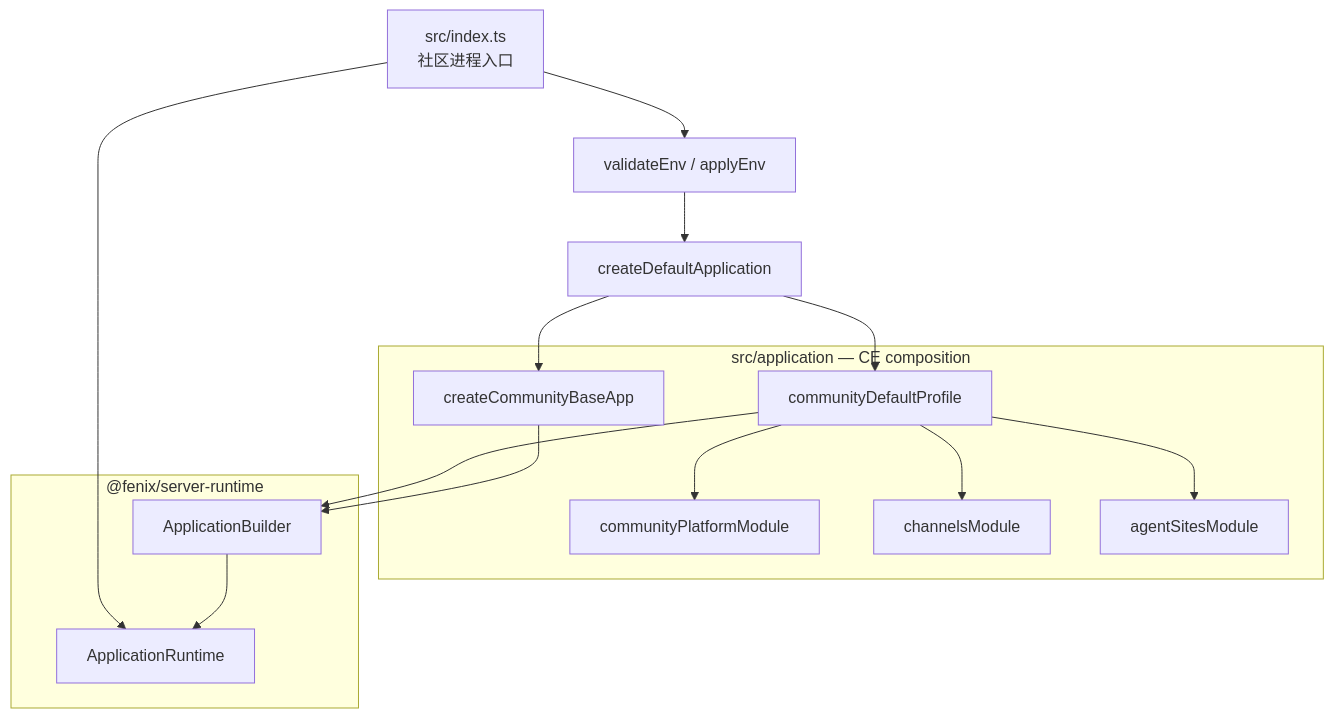
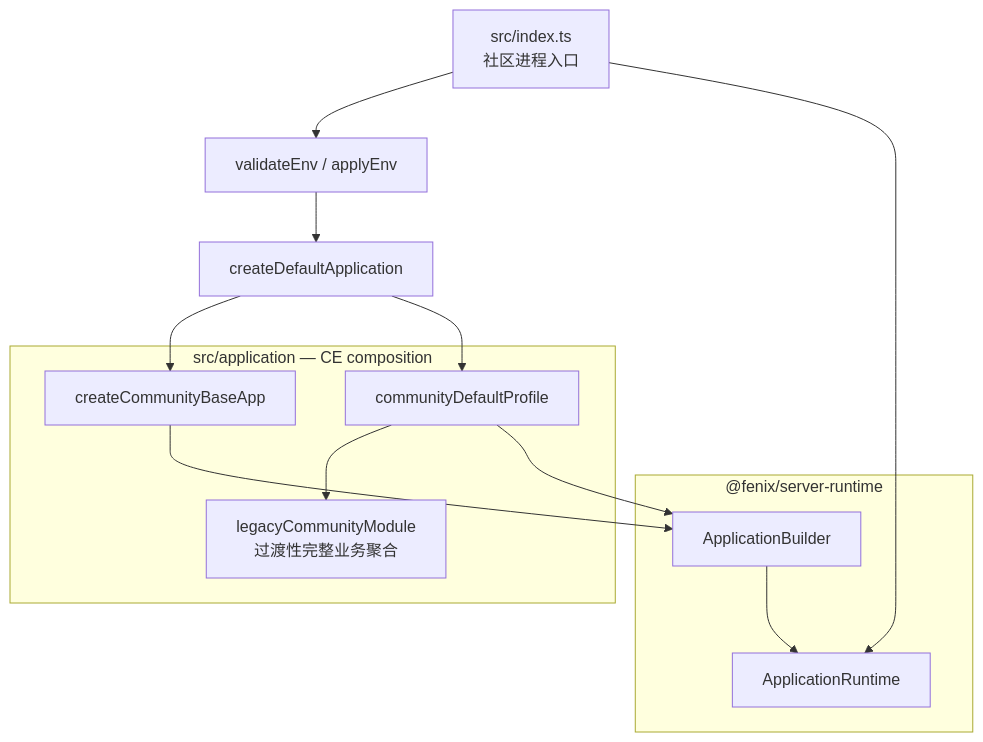
One commit to HuangPuStar/FenixAgent changed the third of 7 diagrams in docs/design/2026-09-04-app-builder-design.md. Above: the diagram before and after it, drawn with Mermaid. The commit also changed other lines of this file and 13 other files, not shown here.

````diff
--- a/docs/design/2026-09-04-app-builder-design.md
+++ b/docs/design/2026-09-04-app-builder-design.md
@@ -153,28 +162,24 @@
 ```mermaid
 flowchart TB
     Entry["src/index.ts<br/>社区进程入口"] --> Config["validateEnv / applyEnv"]
     Config --> Factory["createDefaultApplication"]
 
     subgraph CE["src/application — CE composition"]
         Base["createCommunityBaseApp"]
         Profile["communityDefaultProfile"]
-        Platform["communityPlatformModule"]
-        Channels["channelsModule"]
-        Sites["agentSitesModule"]
-        Profile --> Platform
-        Profile --> Channels
-        Profile --> Sites
+        Legacy["legacyCommunityModule<br/>过渡性完整业务聚合"]
+        Profile --> Legacy
     end
 
     subgraph RuntimePkg["@fenix/server-runtime"]
         Builder["ApplicationBuilder"]
         Runtime["ApplicationRuntime"]
         Builder --> Runtime
     end
 
     Factory --> Base
     Factory --> Profile
     Base --> Builder
     Profile --> Builder
     Entry --> Runtime
 ```
````
